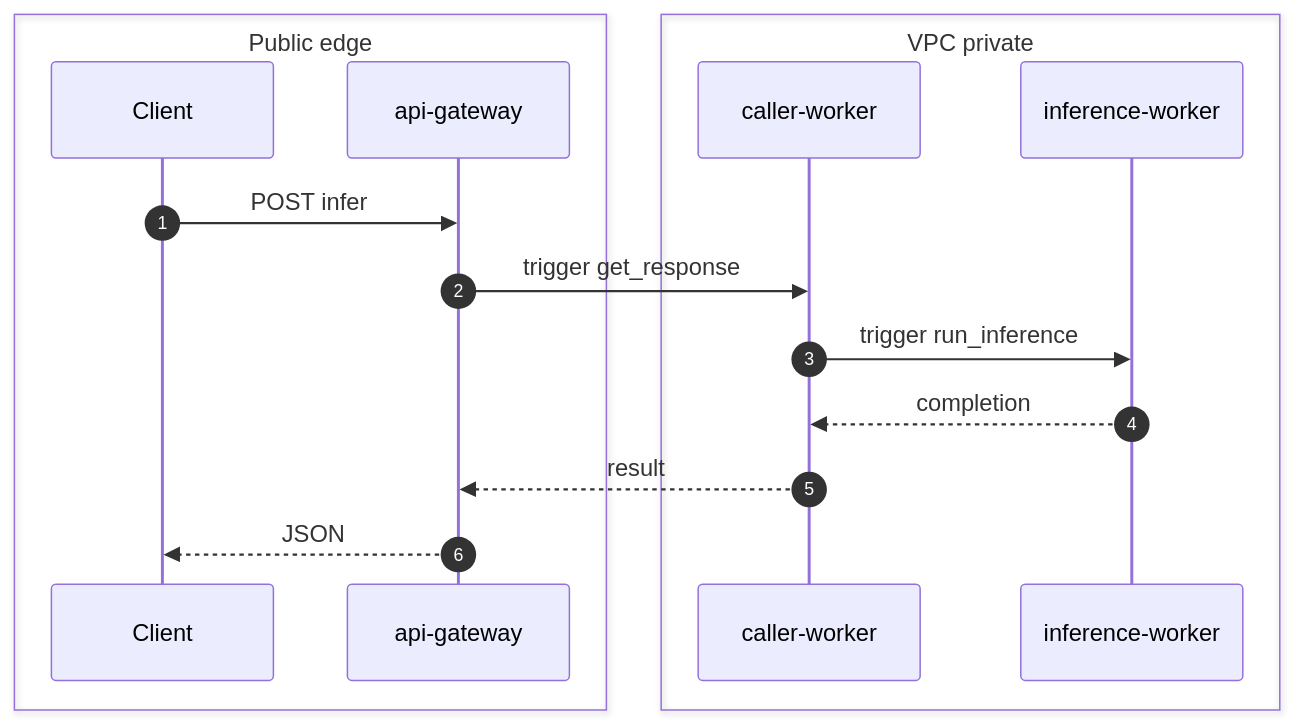
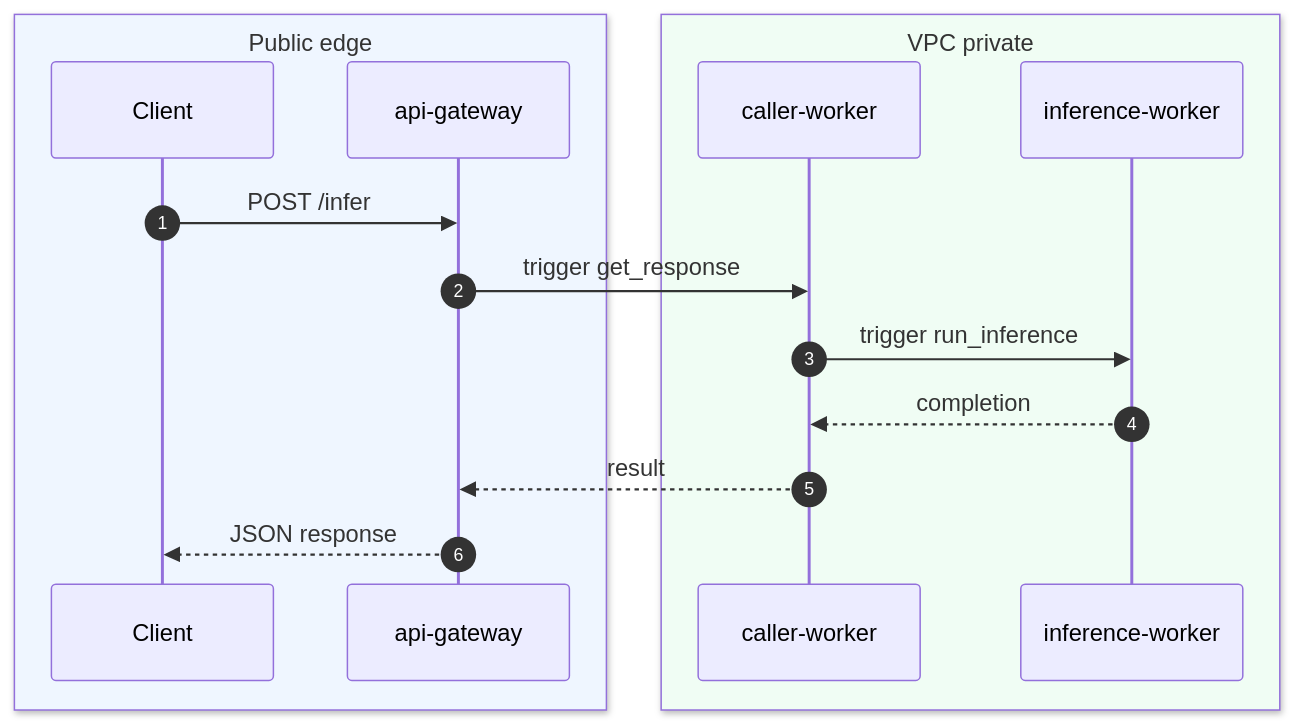
Before and after one commit to theanuragg/hiring: the second of 2 diagrams in may-2026/devops/quickstart/README.md, drawn with Mermaid. The commit also changed other lines of this file and 4 other files, not shown here.

````diff
--- a/may-2026/devops/quickstart/README.md
+++ b/may-2026/devops/quickstart/README.md
@@ -64,18 +67,18 @@
 ```mermaid
 sequenceDiagram
   autonumber
-  box Public edge
+  box rgb(239,246,255) Public edge
     participant C as Client
     participant G as api-gateway
   end
-  box VPC private
+  box rgb(240,253,244) VPC private
     participant W as caller-worker
     participant I as inference-worker
   end
-  C->>G: POST infer
+  C->>G: POST /infer
   G->>W: trigger get_response
   W->>I: trigger run_inference
   I-->>W: completion
   W-->>G: result
-  G-->>C: JSON
+  G-->>C: JSON response
 ```
````
